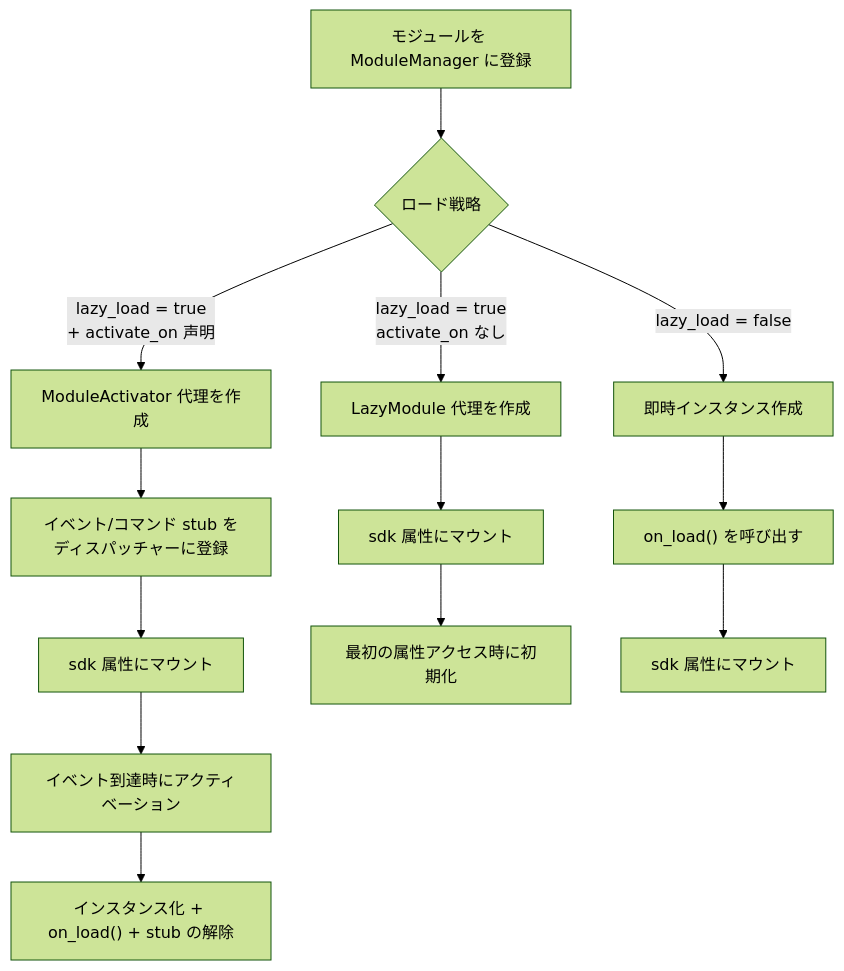
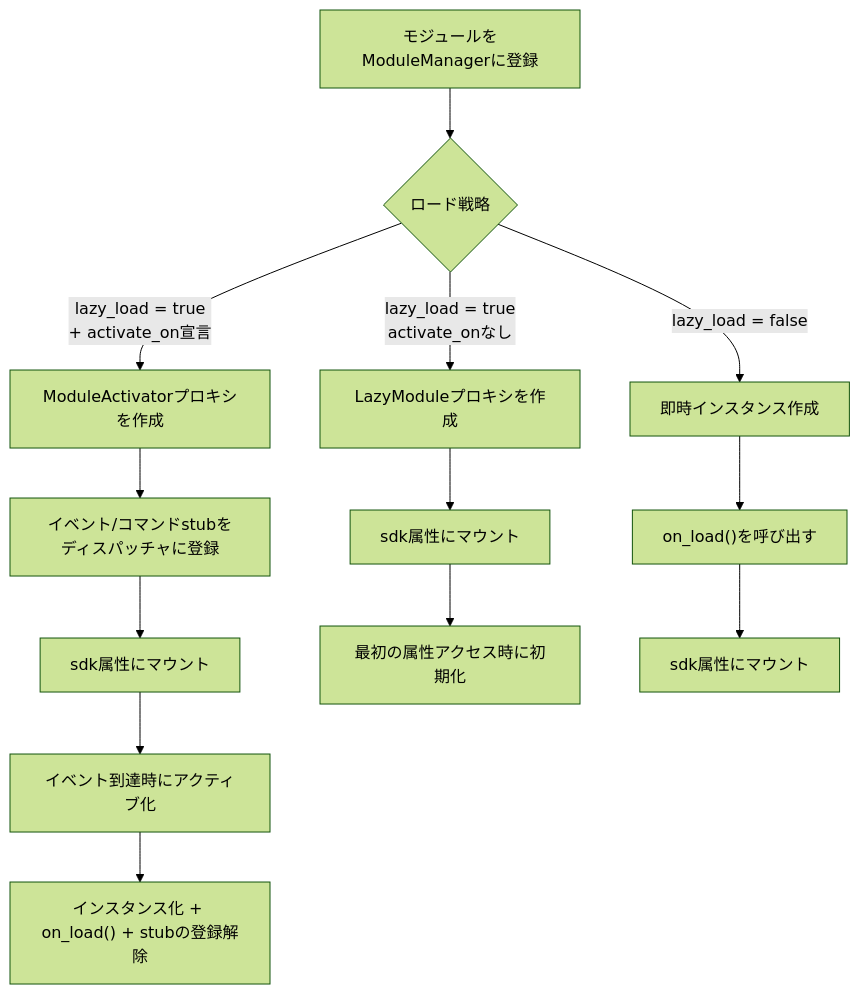
Before and after one commit to ErisPulse/ErisPulse: the sixth of 9 diagrams in docs/ja/architecture.md, drawn with Mermaid (forest theme). The commit also changed other lines of this file and 79 other files, not shown here.

````diff
--- a/docs/ja/architecture.md
+++ b/docs/ja/architecture.md
@@ -197,15 +197,15 @@
 ```mermaid
 flowchart TD
-    A["モジュールを ModuleManager に登録"] --> B{"ロード戦略"}
-    B -->|"lazy_load = true<br/>+ activate_on 声明"| C["ModuleActivator 代理を作成"]
-    B -->|"lazy_load = true<br/>activate_on なし"| D["LazyModule 代理を作成"]
+    A["モジュールをModuleManagerに登録"] --> B{"ロード戦略"}
+    B -->|"lazy_load = true<br/>+ activate_on宣言"| C["ModuleActivatorプロキシを作成"]
+    B -->|"lazy_load = true<br/>activate_onなし"| D["LazyModuleプロキシを作成"]
     B -->|"lazy_load = false"| E["即時インスタンス作成"]
-    C --> F["イベント/コマンド stub をディスパッチャーに登録"]
-    F --> G["sdk 属性にマウント"]
-    G --> H["イベント到達時にアクティベーション"]
-    H --> I["インスタンス化 + on_load() + stub の解除"]
-    D --> J["sdk 属性にマウント"]
+    C --> F["イベント/コマンドstubをディスパッチャに登録"]
+    F --> G["sdk属性にマウント"]
+    G --> H["イベント到達時にアクティブ化"]
+    H --> I["インスタンス化 + on_load() + stubの登録解除"]
+    D --> J["sdk属性にマウント"]
     J --> K["最初の属性アクセス時に初期化"]
-    E --> L["on_load() を呼び出す"]
-    L --> M["sdk 属性にマウント"]
+    E --> L["on_load()を呼び出す"]
+    L --> M["sdk属性にマウント"]
 ```
````
